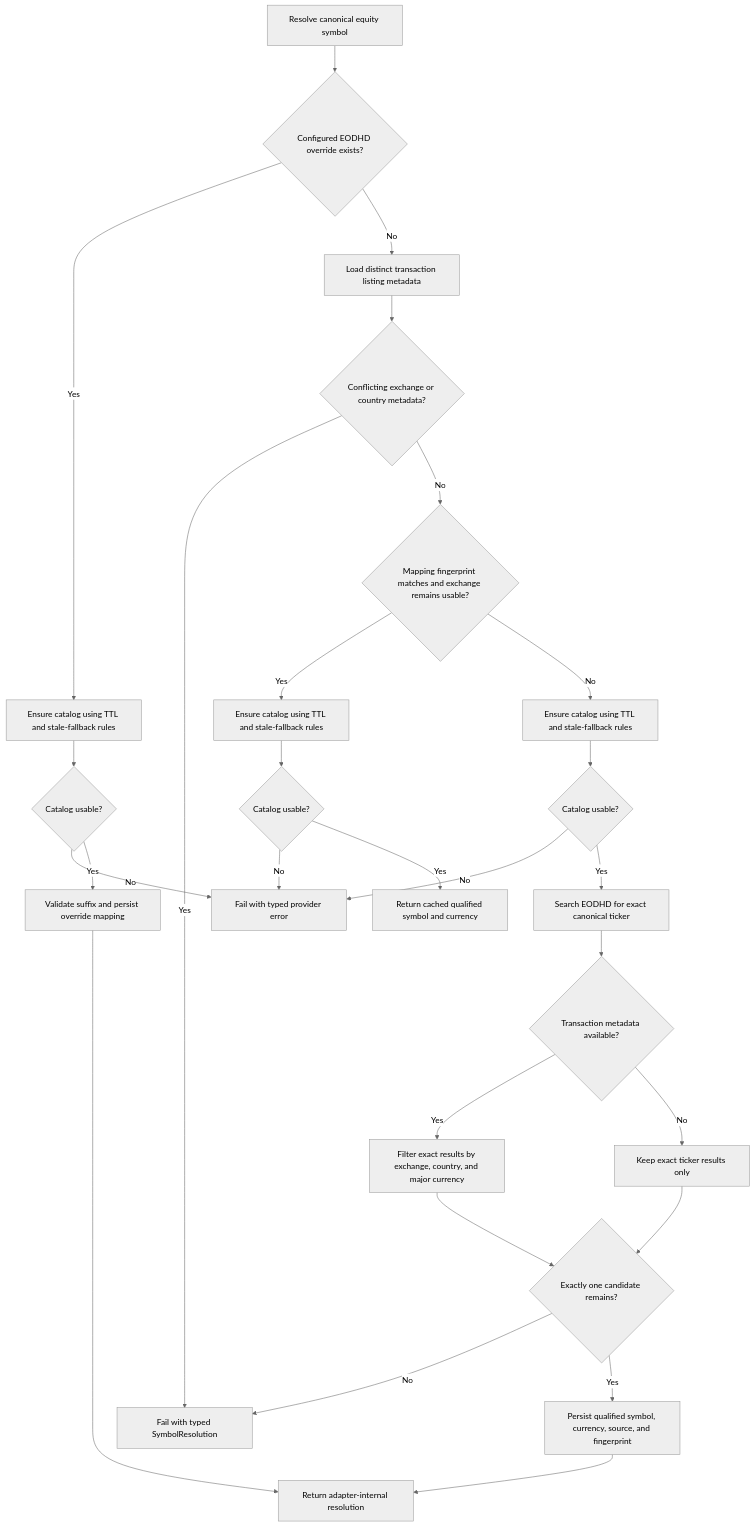
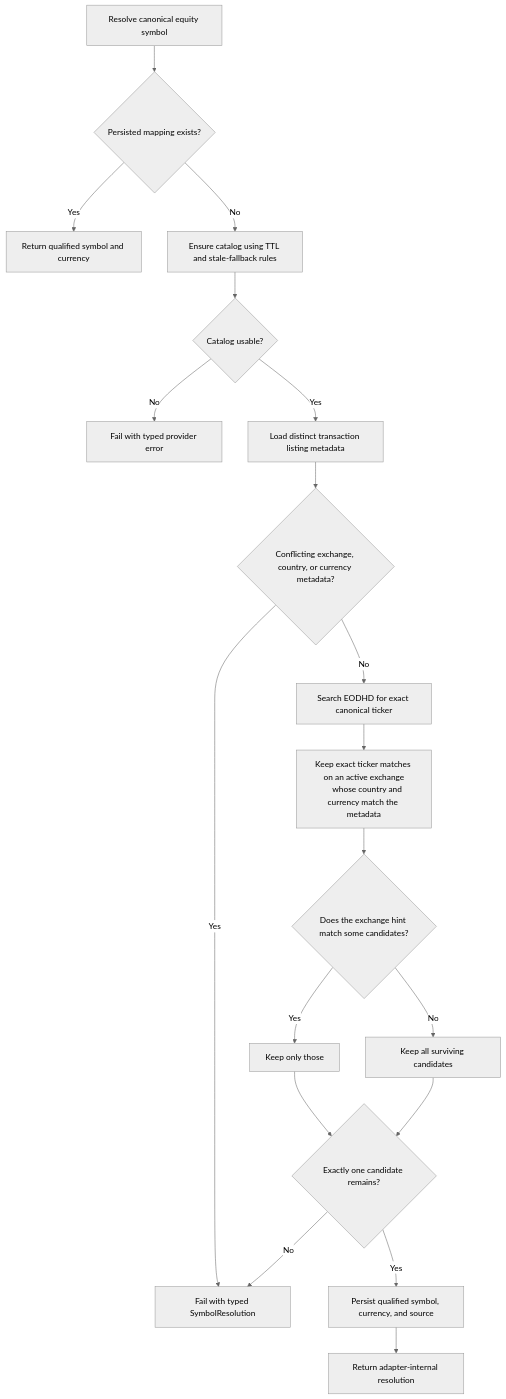
One commit to pacama95/portfolio-service changed the second of 2 diagrams in EODHD_PROVIDER_PLAN.md. Above: the diagram before and after it, drawn with Mermaid (neutral theme). The commit also changed other lines of this file and 1 other file, not shown here.

First line of the commit message:
docs: describe mapping-first EODHD resolution

````diff
--- a/EODHD_PROVIDER_PLAN.md
+++ b/EODHD_PROVIDER_PLAN.md
@@ -223,29 +228,22 @@
 ```mermaid
 flowchart TD
-    Start["Resolve canonical equity symbol"] --> Override{"Configured EODHD override exists?"}
-    Override -- Yes --> OverrideCatalog["Ensure catalog using TTL and stale-fallback rules"]
-    OverrideCatalog --> OverrideUsable{"Catalog usable?"}
-    OverrideUsable -- No --> ProviderError["Fail with typed provider error"]
-    OverrideUsable -- Yes --> ValidateOverride["Validate suffix and persist override mapping"]
-    ValidateOverride --> Return["Return adapter-internal resolution"]
-    Override -- No --> Listing["Load distinct transaction listing metadata"]
-    Listing --> Conflict{"Conflicting exchange or country metadata?"}
+    Start["Resolve canonical equity symbol"] --> Cached{"Persisted mapping exists?"}
+    Cached -- Yes --> ReturnCached["Return qualified symbol and currency"]
+    Cached -- No --> Catalog["Ensure catalog using TTL and stale-fallback rules"]
+    Catalog --> Usable{"Catalog usable?"}
+    Usable -- No --> ProviderError["Fail with typed provider error"]
+    Usable -- Yes --> Listing["Load distinct transaction listing metadata"]
+    Listing --> Conflict{"Conflicting exchange, country, or currency metadata?"}
     Conflict -- Yes --> ResolutionError["Fail with typed SymbolResolution"]
-    Conflict -- No --> Cached{"Mapping fingerprint matches and exchange remains usable?"}
-    Cached -- Yes --> CachedCatalog["Ensure catalog using TTL and stale-fallback rules"]
-    CachedCatalog --> CachedUsable{"Catalog usable?"}
-    CachedUsable -- No --> ProviderError
-    CachedUsable -- Yes --> ReturnCached["Return cached qualified symbol and currency"]
-    Cached -- No --> SearchCatalog["Ensure catalog using TTL and stale-fallback rules"]
-    SearchCatalog --> SearchUsable{"Catalog usable?"}
-    SearchUsable -- No --> ProviderError
-    SearchUsable -- Yes --> Search["Search EODHD for exact canonical ticker"]
-    Search --> Metadata{"Transaction metadata available?"}
-    Metadata -- Yes --> Filter["Filter exact results by exchange, country, and major currency"]
-    Metadata -- No --> Exact["Keep exact ticker results only"]
-    Filter --> Unique{"Exactly one candidate remains?"}
-    Exact --> Unique
+    Conflict -- No --> Search["Search EODHD for exact canonical ticker"]
+    Search --> Strict["Keep exact ticker matches on an active exchange
+    whose country and currency match the metadata"]
+    Strict --> Narrow{"Does the exchange hint match some candidates?"}
+    Narrow -- Yes --> Narrowed["Keep only those"]
+    Narrow -- No --> Keep["Keep all surviving candidates"]
+    Narrowed --> Unique{"Exactly one candidate remains?"}
+    Keep --> Unique
     Unique -- No --> ResolutionError
-    Unique -- Yes --> PersistMapping["Persist qualified symbol, currency, source, and fingerprint"]
-    PersistMapping --> Return
+    Unique -- Yes --> PersistMapping["Persist qualified symbol, currency, and source"]
+    PersistMapping --> Return["Return adapter-internal resolution"]
 ```
````
